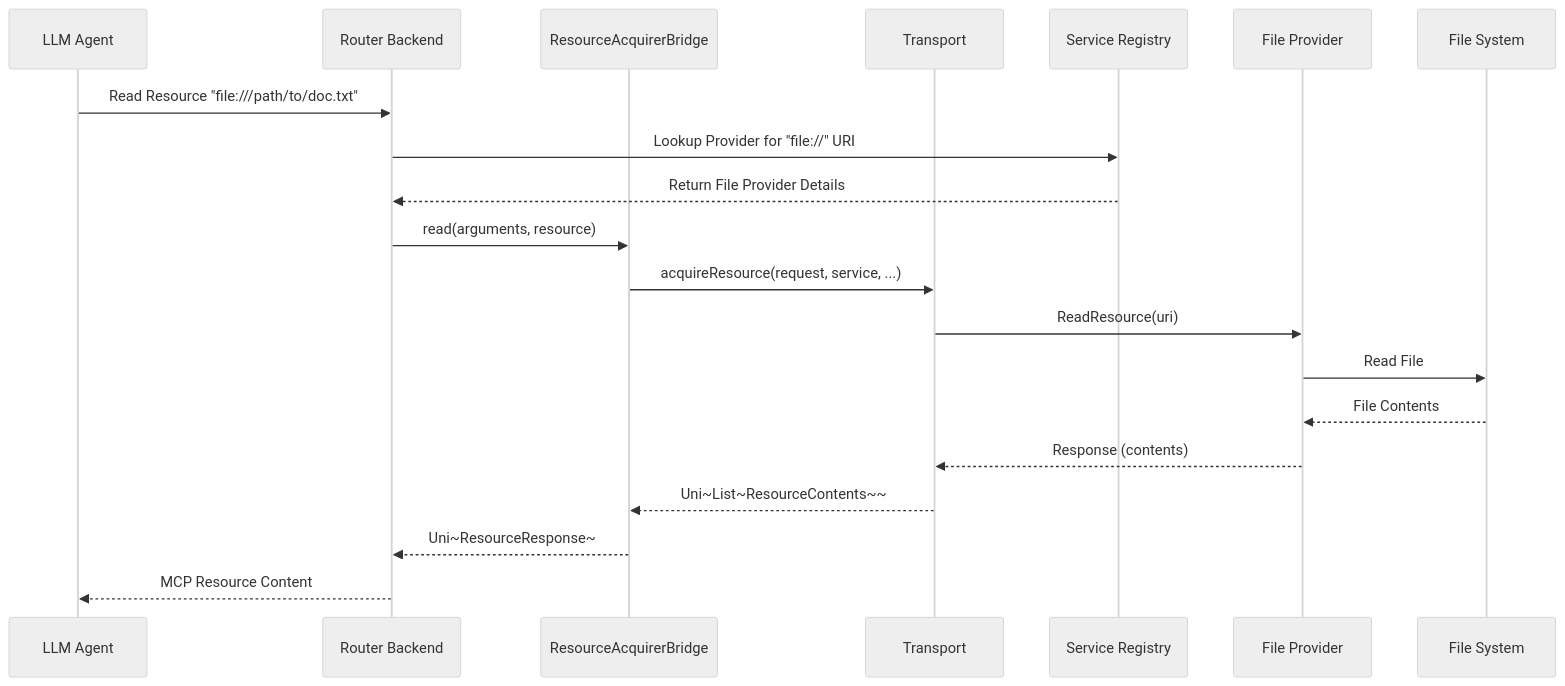
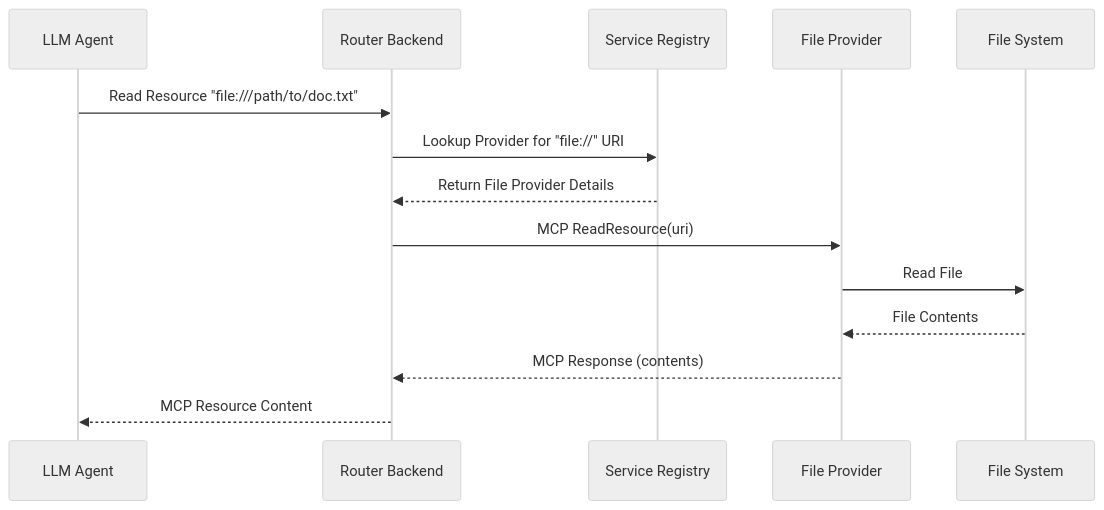
One commit to orpiske/wanaku-barn changed the fourth of 11 diagrams in docs/architecture.md. Above: the diagram before and after it, drawn with Mermaid (neutral theme). The commit also changed other lines of this file and 4 other files, not shown here.

First line of the commit message:
chore: fix docs to reflect MCP-based router-to-capability communication

````diff
--- a/docs/architecture.md
+++ b/docs/architecture.md
@@ -216,23 +201,17 @@
 ```mermaid
 sequenceDiagram
     participant LLM as LLM Agent
     participant Router as Router Backend
-    participant Bridge as ResourceAcquirerBridge
-    participant Transport as Transport
     participant Registry as Service Registry
     participant FileProv as File Provider
     participant FS as File System
 
     LLM->>Router: Read Resource "file:///path/to/doc.txt"
     Router->>Registry: Lookup Provider for "file://" URI
     Registry-->>Router: Return File Provider Details
-    Router->>Bridge: read(arguments, resource)
-    Bridge->>Transport: acquireResource(request, service, ...)
-    Transport->>FileProv: ReadResource(uri)
+    Router->>FileProv: MCP ReadResource(uri)
     FileProv->>FS: Read File
     FS-->>FileProv: File Contents
-    FileProv-->>Transport: Response (contents)
-    Transport-->>Bridge: Uni~List~ResourceContents~~
-    Bridge-->>Router: Uni~ResourceResponse~
+    FileProv-->>Router: MCP Response (contents)
     Router-->>LLM: MCP Resource Content
 ```
````
